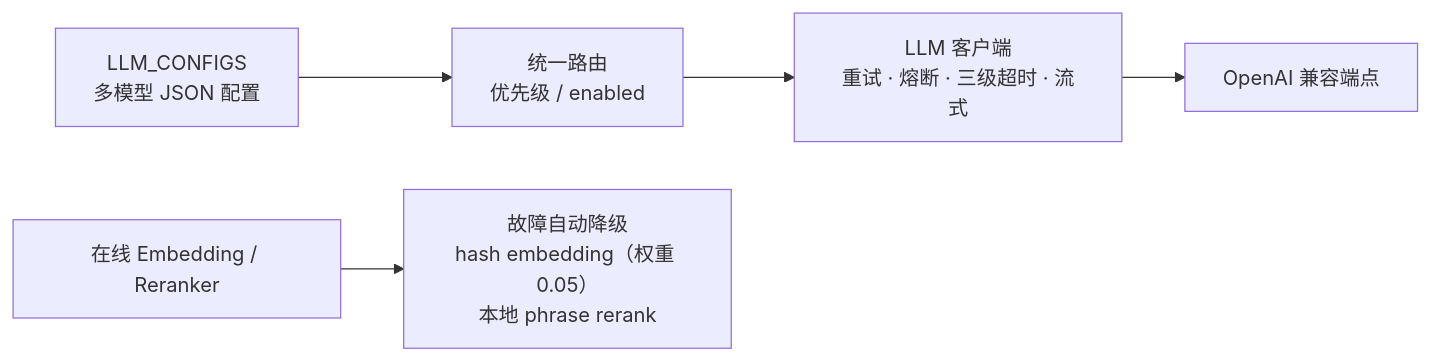
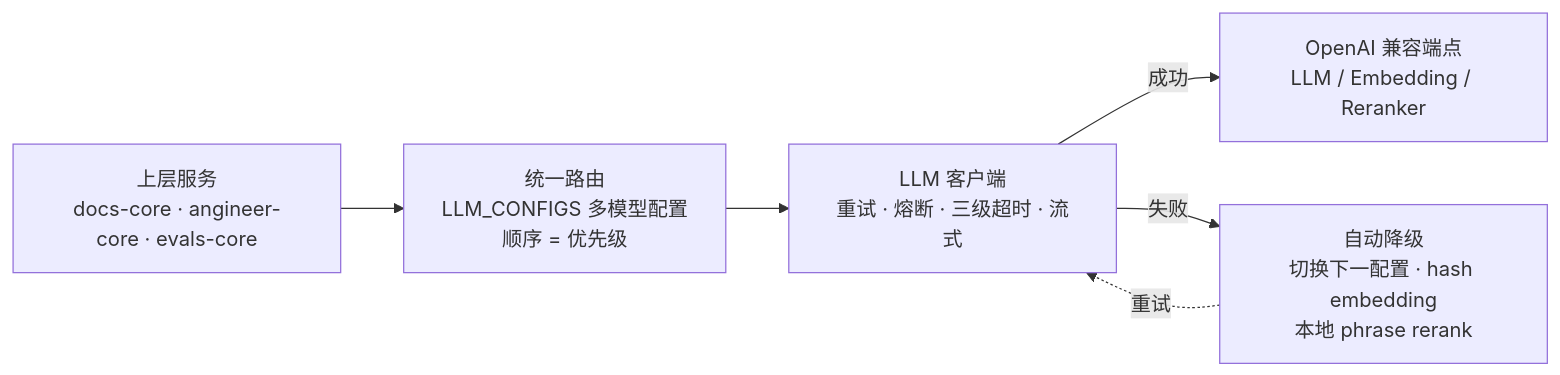
Before and after one commit to 0mao0/AnGIneer: the third of 3 diagrams in README.md, drawn with Mermaid. The commit also changed other lines of this file and 4 other files, not shown here.

First line of the commit message:
docs(readme): 重排并补产品/对比截图——新增 app-qa-chat.png / app-axis-design.gif / app-report-writing.gif / admin-evals.png 四图，引用 OmniDocBench·朴素 RAG·FinanceBench 三张对比图

````diff
--- a/README.md
+++ b/README.md
@@ -282,7 +109,8 @@
 ```mermaid
 flowchart LR
-    ENV["LLM_CONFIGS<br/>多模型 JSON 配置"] --> ROUTE["统一路由<br/>优先级 / enabled"]
+    APP["上层服务<br/>docs-core · angineer-core · evals-core"] --> ROUTE["统一路由<br/>LLM_CONFIGS 多模型配置<br/>顺序 = 优先级"]
     ROUTE --> CLIENT["LLM 客户端<br/>重试 · 熔断 · 三级超时 · 流式"]
-    CLIENT --> UP["OpenAI 兼容端点"]
-    EMB["在线 Embedding / Reranker"] --> DEG["故障自动降级<br/>hash embedding（权重 0.05）<br/>本地 phrase rerank"]
+    CLIENT -->|成功| EP["OpenAI 兼容端点<br/>LLM / Embedding / Reranker"]
+    CLIENT -->|失败| FAIL["自动降级<br/>切换下一配置 · hash embedding<br/>本地 phrase rerank"]
+    FAIL -.->|重试| CLIENT
 ```
````
